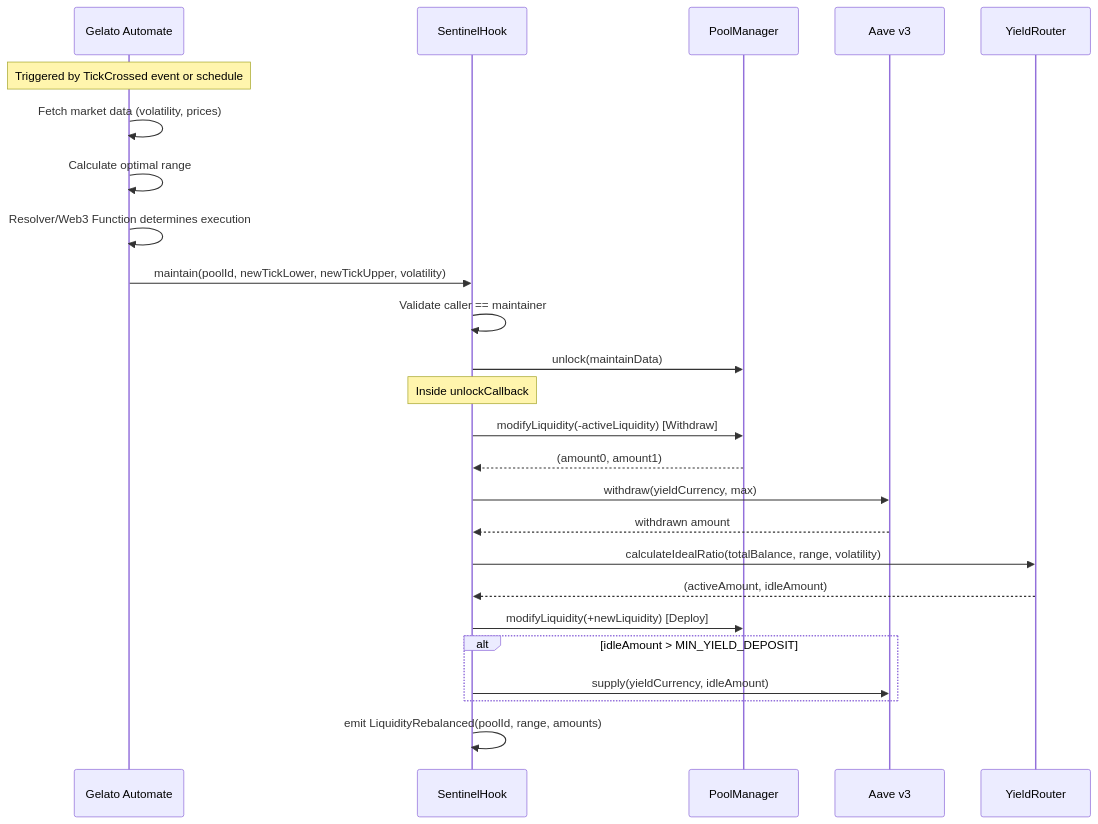
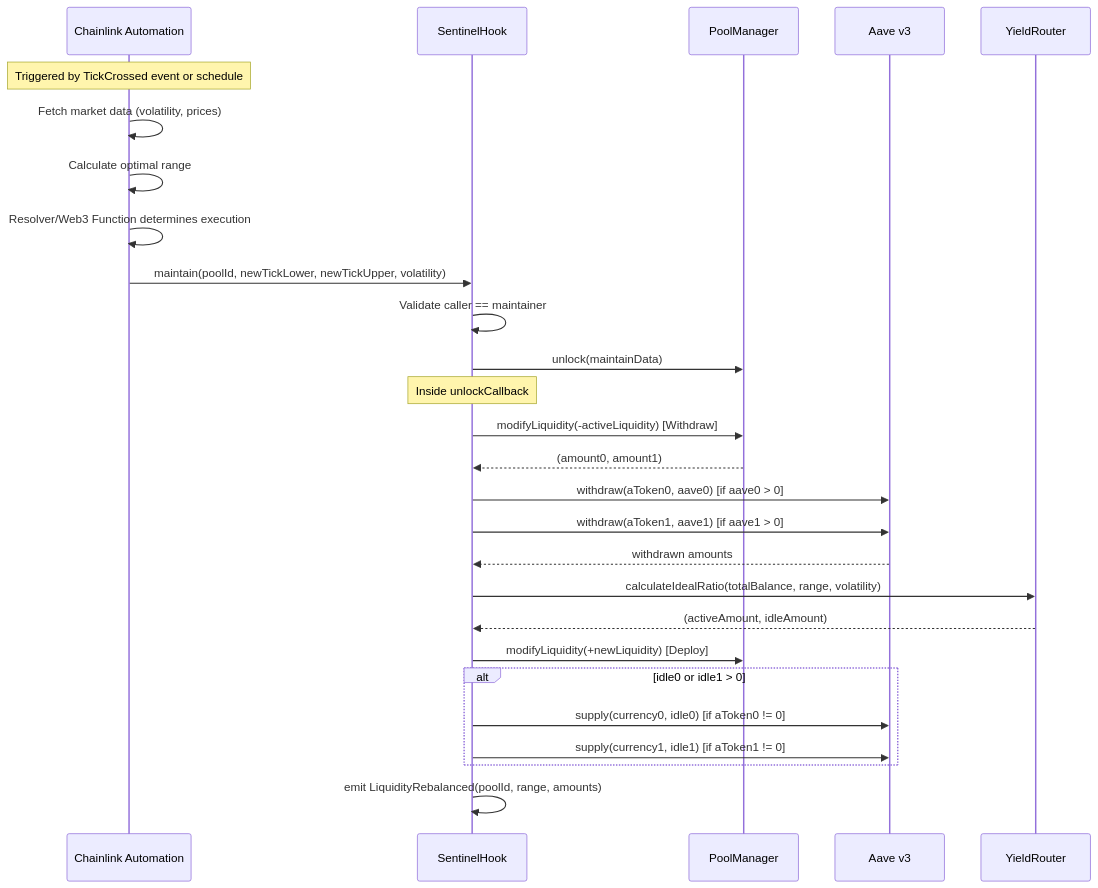
The fourth of 4 diagrams in agents.md (sahil-kaushik1/Uniswap-Sentinel), drawn with Mermaid before and after one commit. The commit also changed other lines of this file and 63 other files, not shown here.

````diff
--- a/agents.md
+++ b/agents.md
@@ -174,38 +190,40 @@
 ```mermaid
 sequenceDiagram
-    participant Gelato as Gelato Automate
+    participant Automation as Chainlink Automation
     participant Hook as SentinelHook
     participant PM as PoolManager
     participant Aave as Aave v3
     participant YR as YieldRouter
     
-    Note over Gelato: Triggered by TickCrossed event or schedule
+    Note over Automation: Triggered by TickCrossed event or schedule
     
-    Gelato->>Gelato: Fetch market data (volatility, prices)
-    Gelato->>Gelato: Calculate optimal range
-    Gelato->>Gelato: Resolver/Web3 Function determines execution
+    Automation->>Automation: Fetch market data (volatility, prices)
+    Automation->>Automation: Calculate optimal range
+    Automation->>Automation: Resolver/Web3 Function determines execution
     
-    Gelato->>Hook: maintain(poolId, newTickLower, newTickUpper, volatility)
+    Automation->>Hook: maintain(poolId, newTickLower, newTickUpper, volatility)
     
     Hook->>Hook: Validate caller == maintainer
     Hook->>PM: unlock(maintainData)
     
     Note over Hook: Inside unlockCallback
     
     Hook->>PM: modifyLiquidity(-activeLiquidity) [Withdraw]
     PM-->>Hook: (amount0, amount1)
     
-    Hook->>Aave: withdraw(yieldCurrency, max)
-    Aave-->>Hook: withdrawn amount
+    Hook->>Aave: withdraw(aToken0, aave0) [if aave0 > 0]
+    Hook->>Aave: withdraw(aToken1, aave1) [if aave1 > 0]
+    Aave-->>Hook: withdrawn amounts
     
     Hook->>YR: calculateIdealRatio(totalBalance, range, volatility)
     YR-->>Hook: (activeAmount, idleAmount)
     
     Hook->>PM: modifyLiquidity(+newLiquidity) [Deploy]
     
-    alt idleAmount > MIN_YIELD_DEPOSIT
-        Hook->>Aave: supply(yieldCurrency, idleAmount)
+    alt idle0 or idle1 > 0
+        Hook->>Aave: supply(currency0, idle0) [if aToken0 != 0]
+        Hook->>Aave: supply(currency1, idle1) [if aToken1 != 0]
     end
     
     Hook->>Hook: emit LiquidityRebalanced(poolId, range, amounts)
 ```
````
